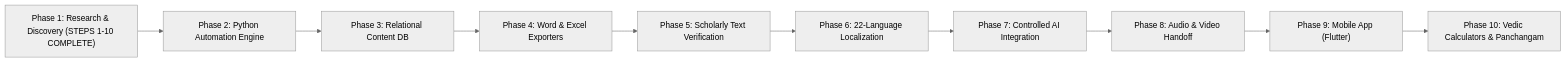
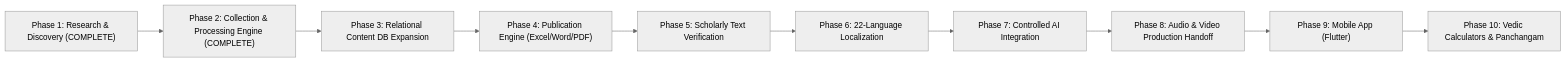
The second of 2 diagrams in documentation/project_roadmap/MASTER_PLAN.md (thegr8gv1/vedam), drawn with Mermaid (neutral theme) before and after one commit. The commit also changed other lines of this file and 18 other files, not shown here.

Commit message:
Complete Phase 2: Jurisdiction-aware rights framework, Unicode preservation with Vedic swaras, pipeline ingestion engine, 8 pilot compositions, and 33 automated tests

````diff
--- a/documentation/project_roadmap/MASTER_PLAN.md
+++ b/documentation/project_roadmap/MASTER_PLAN.md
@@ -63,12 +63,12 @@
 ```mermaid
 flowchart LR
-    P1["Phase 1: Research & Discovery (STEPS 1-10 COMPLETE)"] --> P2["Phase 2: Python Automation Engine"]
-    P2 --> P3["Phase 3: Relational Content DB"]
-    P3 --> P4["Phase 4: Word & Excel Exporters"]
+    P1["Phase 1: Research & Discovery (COMPLETE)"] --> P2["Phase 2: Collection & Processing Engine (COMPLETE)"]
+    P2 --> P3["Phase 3: Relational Content DB Expansion"]
+    P3 --> P4["Phase 4: Publication Engine (Excel/Word/PDF)"]
     P4 --> P5["Phase 5: Scholarly Text Verification"]
     P5 --> P6["Phase 6: 22-Language Localization"]
     P6 --> P7["Phase 7: Controlled AI Integration"]
-    P7 --> P8["Phase 8: Audio & Video Handoff"]
+    P7 --> P8["Phase 8: Audio & Video Production Handoff"]
     P8 --> P9["Phase 9: Mobile App (Flutter)"]
     P9 --> P10["Phase 10: Vedic Calculators & Panchangam"]
 ```
````
